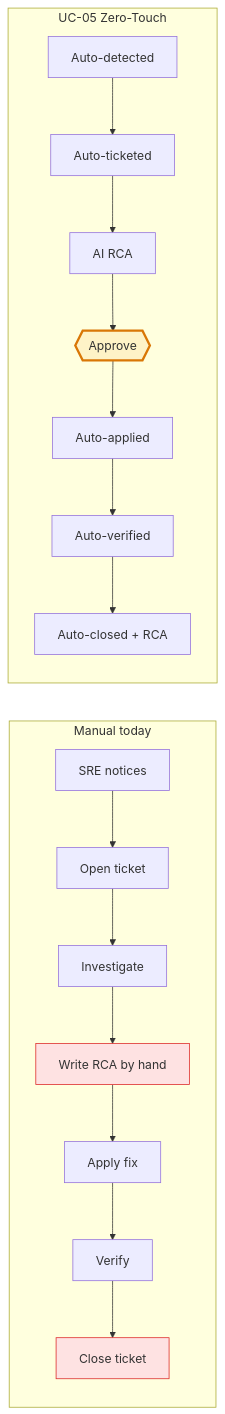
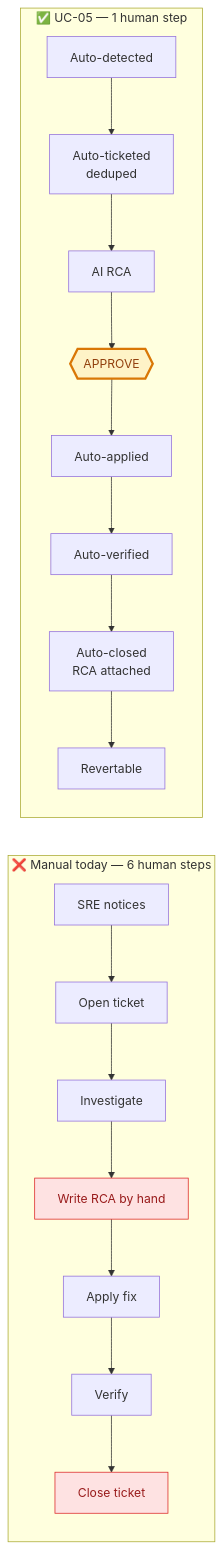
The seventh of 7 diagrams in usecase/UC-05-Zero-Touch-Incident-Command.md (cskaruppu/Openshift-mcp-server), drawn with Mermaid before and after one commit. The commit also changed other lines of this file and 5 other files, not shown here.

````diff
--- a/usecase/UC-05-Zero-Touch-Incident-Command.md
+++ b/usecase/UC-05-Zero-Touch-Incident-Command.md
@@ -118,16 +242,18 @@
 ```mermaid
 flowchart LR
-    subgraph M ["Manual today"]
+    subgraph M ["❌ Manual today — 6 human steps"]
         direction TB
         M1[SRE notices] --> M2[Open ticket] --> M3[Investigate]
         M3 --> M4[Write RCA by hand] --> M5[Apply fix] --> M6[Verify] --> M7[Close ticket]
     end
-    subgraph Z ["UC-05 Zero-Touch"]
+    subgraph Z ["✅ UC-05 — 1 human step"]
         direction TB
-        Z1[Auto-detected] --> Z2[Auto-ticketed] --> Z3[AI RCA]
-        Z3 --> Z4{{Approve}} --> Z5[Auto-applied] --> Z6[Auto-verified] --> Z7[Auto-closed + RCA]
+        Z1[Auto-detected] --> Z2[Auto-ticketed<br/>deduped] --> Z3[AI RCA]
+        Z3 --> Z4{{"APPROVE"}} --> Z5[Auto-applied] --> Z6[Auto-verified]
+        Z6 --> Z7[Auto-closed<br/>RCA attached] --> Z8[Revertable]
     end
-    style Z4 fill:#FEF3C7,stroke:#D97706,stroke-width:3px
-    style M4 fill:#FEE2E2,stroke:#DC2626
-    style M7 fill:#FEE2E2,stroke:#DC2626
+    classDef toil fill:#fee2e2,stroke:#dc2626,color:#991b1b
+    classDef gate fill:#fef3c7,stroke:#d97706,stroke-width:3px,color:#92400e
+    class M4,M7 toil
+    class Z4 gate
 ```
````
